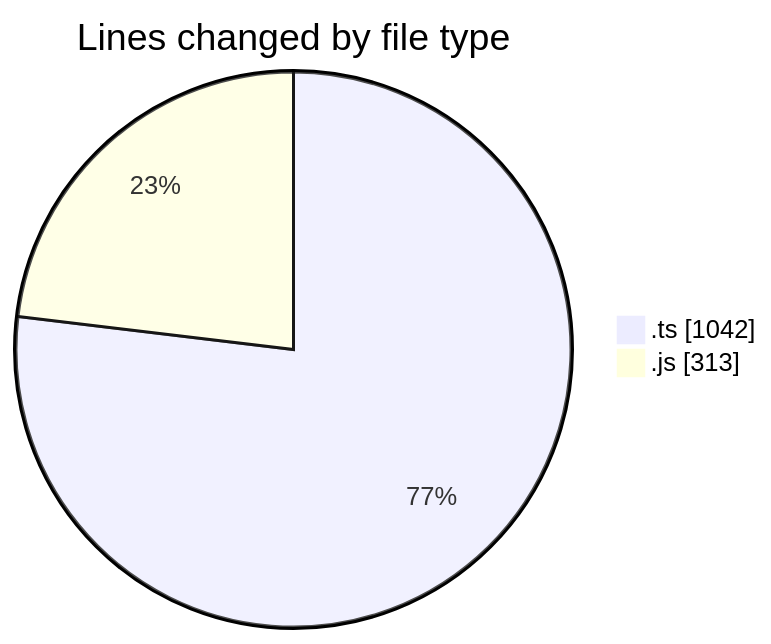
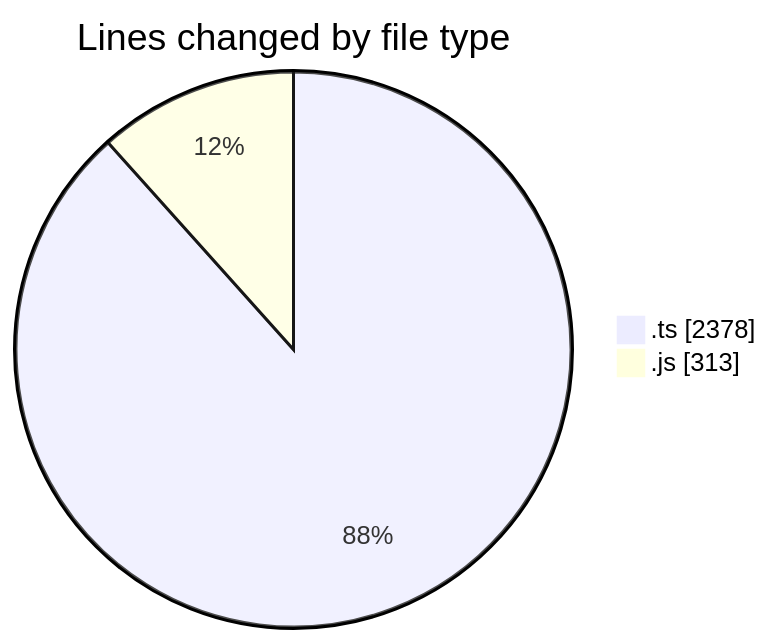
Before and after one commit to momahboobian/code-tracking: the first of 2 diagrams in 2025-09-05/cda/README.md, drawn with Mermaid. The commit also changed other lines of this file and 1 other file, not shown here.

````diff
--- a/2025-09-05/cda/README.md
+++ b/2025-09-05/cda/README.md
@@ -21,6 +22,6 @@
 ```mermaid
 pie showData
 title Lines changed by file type
-".ts" : 1042
+".ts" : 2378
 ".js" : 313
 ```
````
